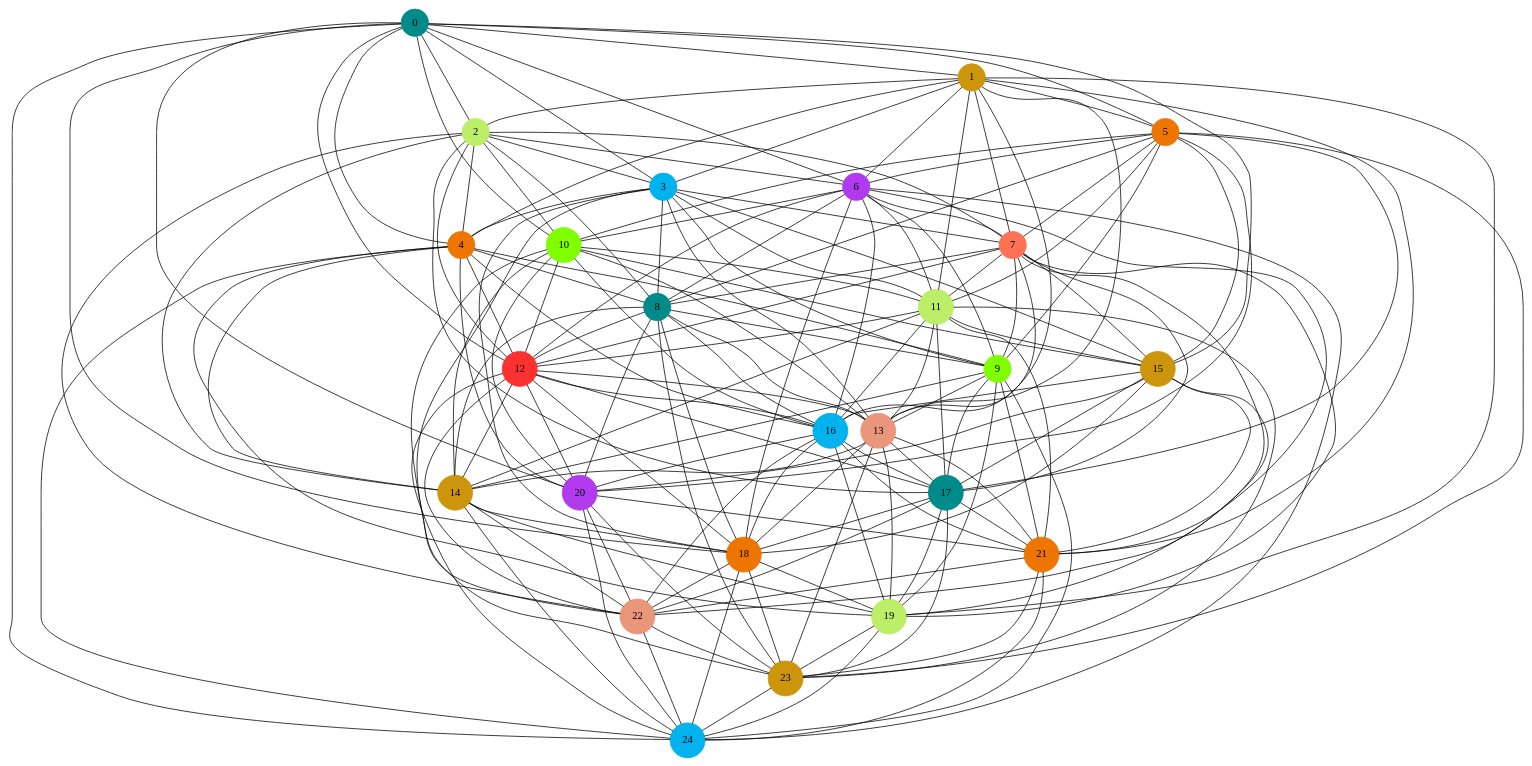
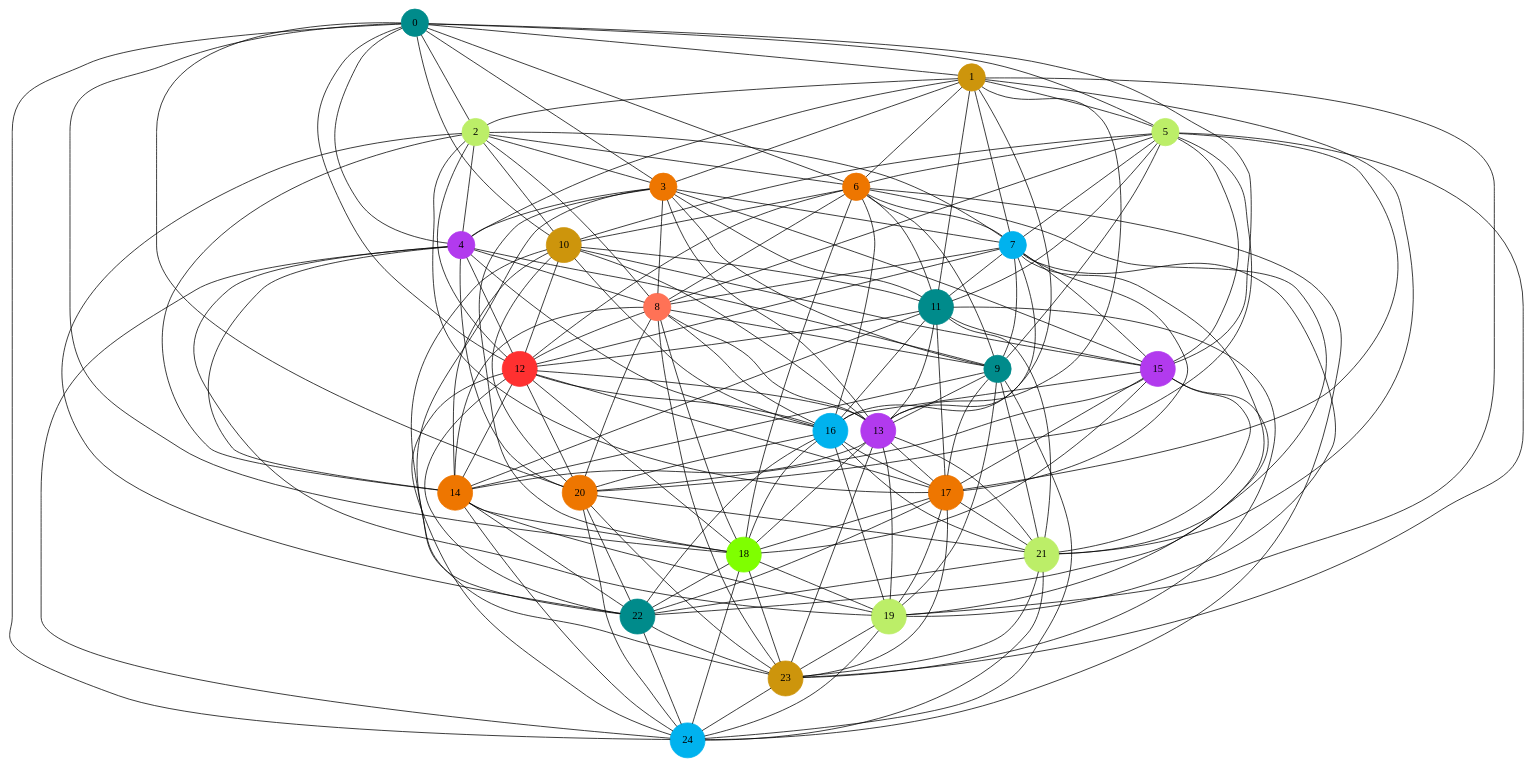
One commit to LeaChemoul/ColorationGraphesProjet changed the diagram in graph/graph_wp_croiss.dot. Above: the diagram before and after it, drawn with Graphviz. The commit also changed 51 other files, not shown here.

Commit message:
Correction de la structure de graphe et des algorithmes de tris

```diff
--- a/graph/graph_wp_croiss.dot
+++ b/graph/graph_wp_croiss.dot
@@ -1,187 +1,187 @@
 graph G {
 0 [shape=circle, style=filled, color= cyan4];
 0 -- 6;
 0 -- 12;
 0 -- 18;
 0 -- 24;
 0 -- 1;
 0 -- 2;
 0 -- 3;
 0 -- 4;
 0 -- 5;
 0 -- 10;
 0 -- 15;
 0 -- 20;
 1 [shape=circle, style=filled, color= darkgoldenrod3];
 1 -- 7;
 1 -- 13;
 1 -- 19;
 1 -- 5;
 1 -- 2;
 1 -- 3;
 1 -- 4;
 1 -- 6;
 1 -- 11;
 1 -- 16;
 1 -- 21;
 2 [shape=circle, style=filled, color= darkolivegreen2];
 2 -- 8;
 2 -- 14;
 2 -- 6;
 2 -- 10;
 2 -- 3;
 2 -- 4;
 2 -- 7;
 2 -- 12;
 2 -- 17;
 2 -- 22;
-3 [shape=circle, style=filled, color= deepskyblue2];
+3 [shape=circle, style=filled, color= darkorange2];
 3 -- 9;
 3 -- 7;
 3 -- 11;
 3 -- 15;
 3 -- 4;
 3 -- 8;
 3 -- 13;
 3 -- 18;
 3 -- 23;
-4 [shape=circle, style=filled, color= darkorange2];
+4 [shape=circle, style=filled, color= darkorchid2];
 4 -- 8;
 4 -- 12;
 4 -- 16;
 4 -- 20;
 4 -- 9;
 4 -- 14;
 4 -- 19;
 4 -- 24;
-5 [shape=circle, style=filled, color= darkorange2];
+5 [shape=circle, style=filled, color= darkolivegreen2];
 5 -- 11;
 5 -- 17;
 5 -- 23;
 5 -- 6;
 5 -- 7;
 5 -- 8;
 5 -- 9;
 5 -- 10;
 5 -- 15;
 5 -- 20;
-6 [shape=circle, style=filled, color= darkorchid2];
+6 [shape=circle, style=filled, color= darkorange2];
 6 -- 12;
 6 -- 18;
 6 -- 24;
 6 -- 10;
 6 -- 7;
 6 -- 8;
 6 -- 9;
 6 -- 11;
 6 -- 16;
 6 -- 21;
-7 [shape=circle, style=filled, color= coral1];
+7 [shape=circle, style=filled, color= deepskyblue2];
 7 -- 13;
 7 -- 19;
 7 -- 11;
 7 -- 15;
 7 -- 8;
 7 -- 9;
 7 -- 12;
 7 -- 17;
 7 -- 22;
-8 [shape=circle, style=filled, color= cyan4];
+8 [shape=circle, style=filled, color= coral1];
 8 -- 14;
 8 -- 12;
 8 -- 16;
 8 -- 20;
 8 -- 9;
 8 -- 13;
 8 -- 18;
 8 -- 23;
-9 [shape=circle, style=filled, color= chartreuse1];
+9 [shape=circle, style=filled, color= cyan4];
 9 -- 13;
 9 -- 17;
 9 -- 21;
 9 -- 14;
 9 -- 19;
 9 -- 24;
-10 [shape=circle, style=filled, color= chartreuse1];
+10 [shape=circle, style=filled, color= darkgoldenrod3];
 10 -- 16;
 10 -- 22;
 10 -- 11;
 10 -- 12;
 10 -- 13;
 10 -- 14;
 10 -- 15;
 10 -- 20;
-11 [shape=circle, style=filled, color= darkolivegreen2];
+11 [shape=circle, style=filled, color= cyan4];
 11 -- 17;
 11 -- 23;
 11 -- 15;
 11 -- 12;
 11 -- 13;
 11 -- 14;
 11 -- 16;
 11 -- 21;
 12 [shape=circle, style=filled, color= firebrick1];
 12 -- 18;
 12 -- 24;
 12 -- 16;
 12 -- 20;
 12 -- 13;
 12 -- 14;
 12 -- 17;
 12 -- 22;
-13 [shape=circle, style=filled, color= darksalmon];
+13 [shape=circle, style=filled, color= darkorchid2];
 13 -- 19;
 13 -- 17;
 13 -- 21;
 13 -- 14;
 13 -- 18;
 13 -- 23;
-14 [shape=circle, style=filled, color= darkgoldenrod3];
+14 [shape=circle, style=filled, color= darkorange2];
 14 -- 18;
 14 -- 22;
 14 -- 19;
 14 -- 24;
-15 [shape=circle, style=filled, color= darkgoldenrod3];
+15 [shape=circle, style=filled, color= darkorchid2];
 15 -- 21;
 15 -- 16;
 15 -- 17;
 15 -- 18;
 15 -- 19;
 15 -- 20;
 16 [shape=circle, style=filled, color= deepskyblue2];
 16 -- 22;
 16 -- 20;
 16 -- 17;
 16 -- 18;
 16 -- 19;
 16 -- 21;
-17 [shape=circle, style=filled, color= cyan4];
+17 [shape=circle, style=filled, color= darkorange2];
 17 -- 23;
 17 -- 21;
 17 -- 18;
 17 -- 19;
 17 -- 22;
-18 [shape=circle, style=filled, color= darkorange2];
+18 [shape=circle, style=filled, color= chartreuse1];
 18 -- 24;
 18 -- 22;
 18 -- 19;
 18 -- 23;
 19 [shape=circle, style=filled, color= darkolivegreen2];
 19 -- 23;
 19 -- 24;
-20 [shape=circle, style=filled, color= darkorchid2];
+20 [shape=circle, style=filled, color= darkorange2];
 20 -- 21;
 20 -- 22;
 20 -- 23;
 20 -- 24;
-21 [shape=circle, style=filled, color= darkorange2];
+21 [shape=circle, style=filled, color= darkolivegreen2];
 21 -- 22;
 21 -- 23;
 21 -- 24;
-22 [shape=circle, style=filled, color= darksalmon];
+22 [shape=circle, style=filled, color= cyan4];
 22 -- 23;
 22 -- 24;
 23 [shape=circle, style=filled, color= darkgoldenrod3];
 23 -- 24;
 24 [shape=circle, style=filled, color= deepskyblue2];
 }
```
